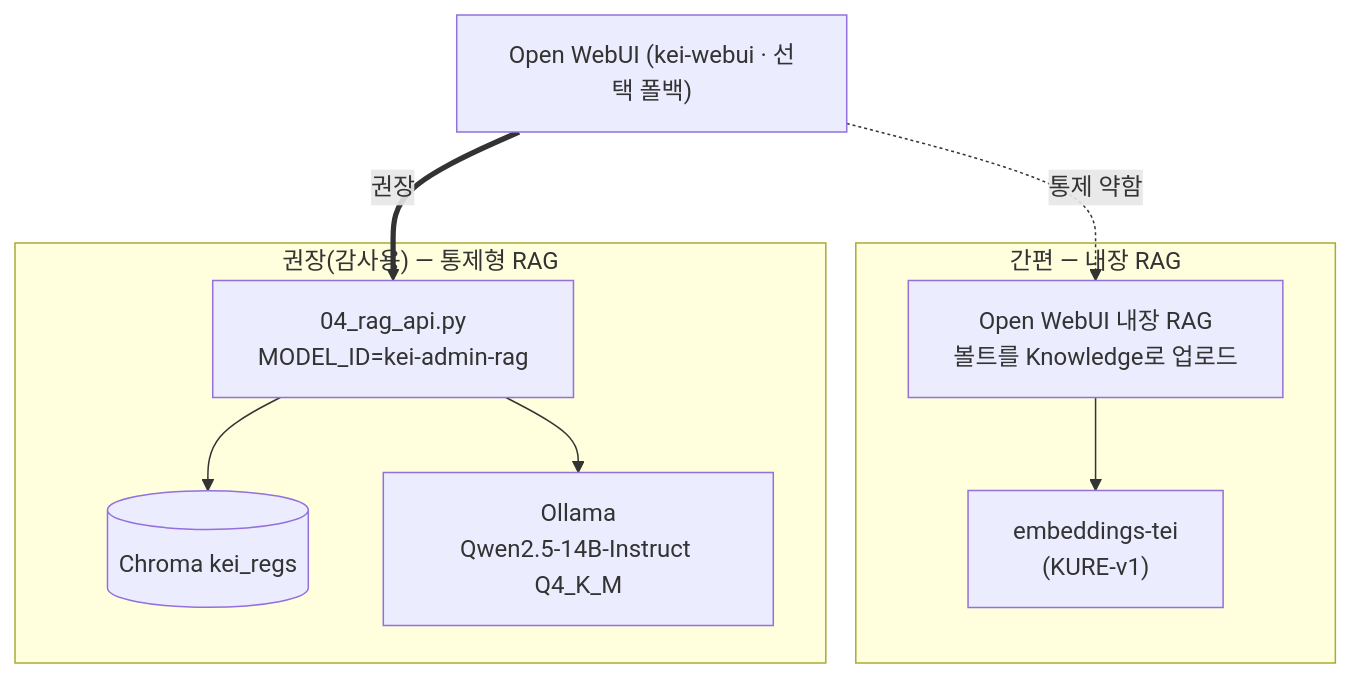
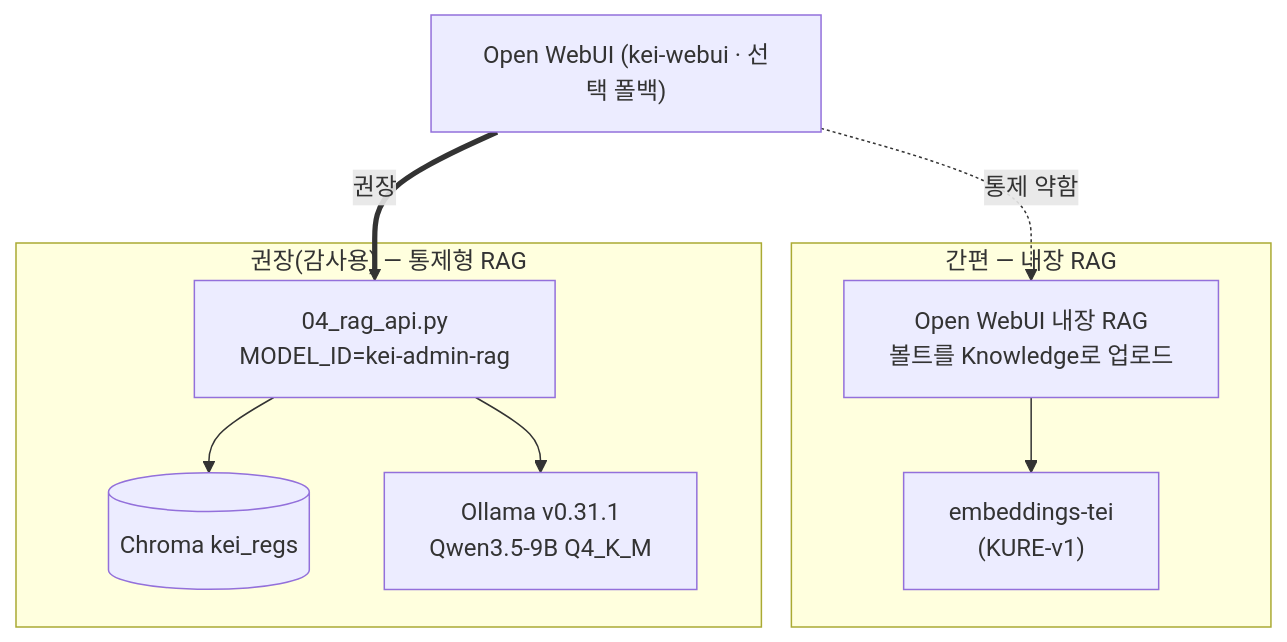
Before and after one commit to mooner92/KEIAdminSuperv: the third of 4 diagrams in docs/06-deployment.md, drawn with Mermaid. The commit also changed other lines of this file and 17 other files, not shown here.

First line of the commit message:
docs: README + docs 전체 최신화 — Qwen3.5/Ollama·Next.js+TDS·7시스템·신규 플래그

````diff
--- a/docs/06-deployment.md
+++ b/docs/06-deployment.md
@@ -286,21 +285,21 @@
 ```mermaid
 flowchart TB
     WEBUI["Open WebUI (kei-webui · 선택 폴백)"]
 
     subgraph EASY["간편 — 내장 RAG"]
         IRAG["Open WebUI 내장 RAG<br/>볼트를 Knowledge로 업로드"]
         TEI2["embeddings-tei<br/>(KURE-v1)"]
         IRAG --> TEI2
     end
 
     subgraph CTRL["권장(감사용) — 통제형 RAG"]
         RAG2["04_rag_api.py<br/>MODEL_ID=kei-admin-rag"]
         CH2[("Chroma kei_regs")]
-        OL2["Ollama<br/>Qwen2.5-14B-Instruct Q4_K_M"]
+        OL2["Ollama v0.31.1<br/>Qwen3.5-9B Q4_K_M"]
         RAG2 --> CH2
         RAG2 --> OL2
     end
 
     WEBUI -.->|통제 약함| IRAG
     WEBUI ==>|권장| RAG2
 ```
````
